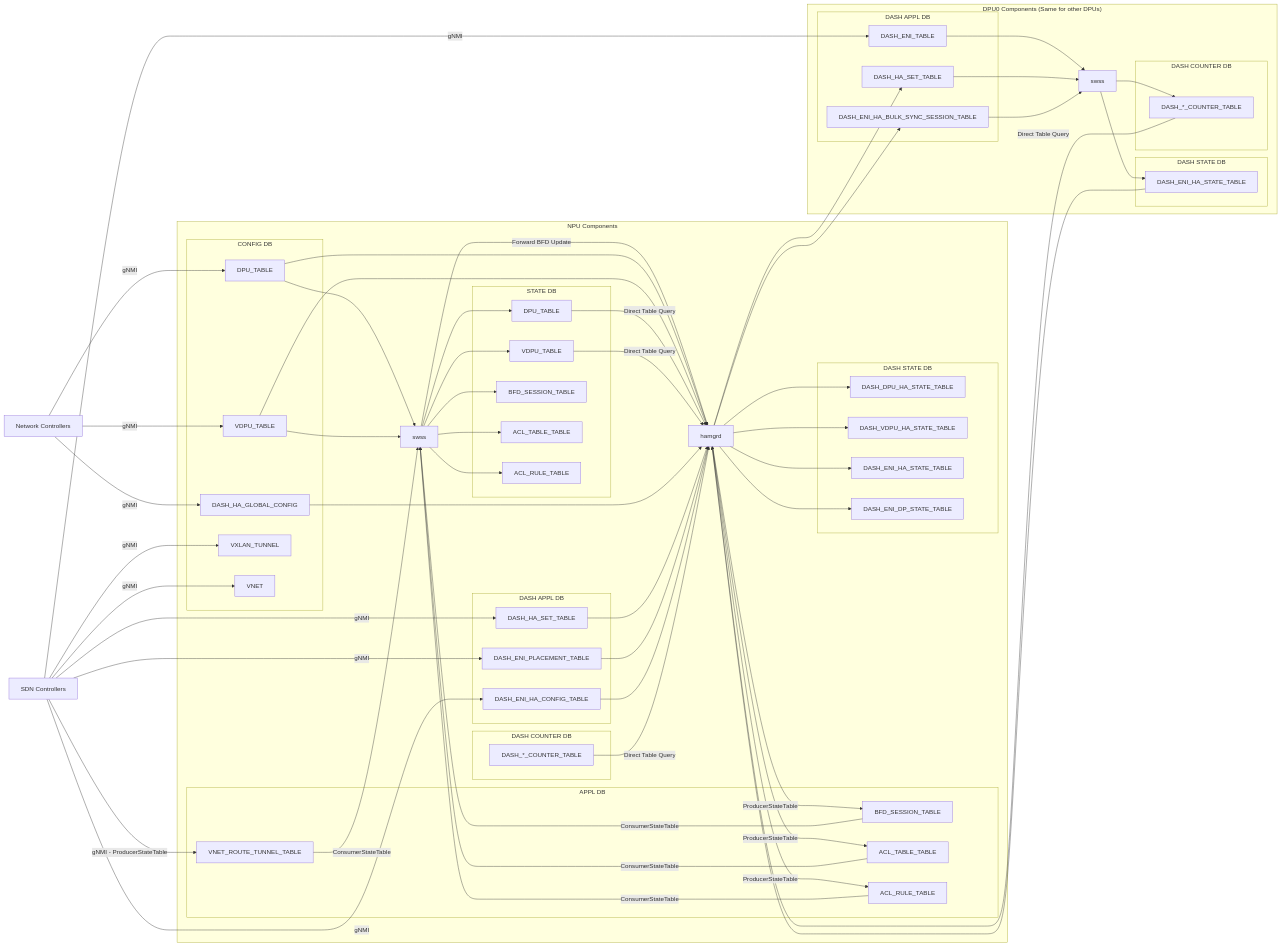
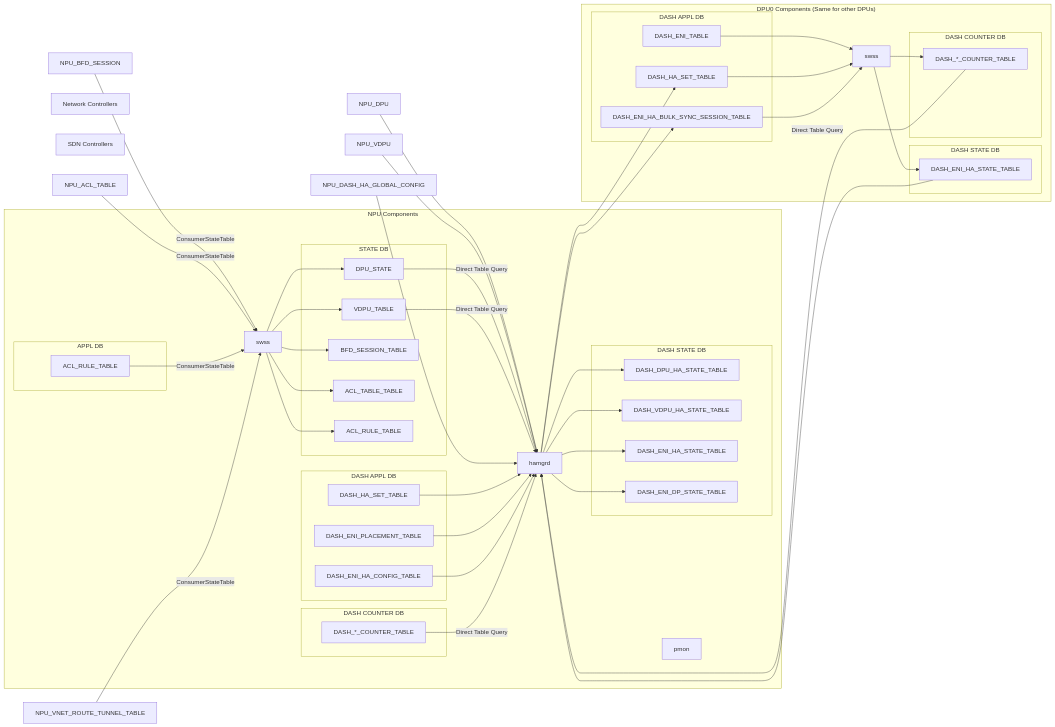
One commit to sonic-net/SONiC changed the second of 2 diagrams in doc/smart-switch/high-availability/smart-switch-ha-detailed-design.md. Above: the diagram before and after it, drawn with Mermaid. The commit also changed other lines of this file, not shown here.

```diff
--- a/doc/smart-switch/high-availability/smart-switch-ha-detailed-design.md
+++ b/doc/smart-switch/high-availability/smart-switch-ha-detailed-design.md
@@ -189,19 +168,9 @@
    subgraph NPU Components
       NPU_SWSS[swss]
       NPU_HAMGRD[hamgrd]
-
-      subgraph CONFIG DB
-         NPU_DPU[DPU_TABLE]
-         NPU_VDPU[VDPU_TABLE]
-         NPU_DASH_HA_GLOBAL_CONFIG[DASH_HA_GLOBAL_CONFIG]
-         NPU_VXLAN_TUNNEL[VXLAN_TUNNEL]
-         NPU_VNET[VNET]
-      end
+      NPU_PMON[pmon]
 
       subgraph APPL DB
-         NPU_VNET_ROUTE_TUNNEL_TABLE[VNET_ROUTE_TUNNEL_TABLE]
-         NPU_BFD_SESSION[BFD_SESSION_TABLE]
-         NPU_ACL_TABLE[ACL_TABLE_TABLE]
          NPU_ACL_RULE[ACL_RULE_TABLE]
       end
 
@@ -212,7 +181,7 @@
       end
 
       subgraph STATE DB
-         NPU_DPU_STATE[DPU_TABLE]
+         NPU_DPU_STATE[DPU_STATE]
          NPU_VDPU_STATE[VDPU_TABLE]
          NPU_BFD_SESSION_STATE[BFD_SESSION_TABLE]
          NPU_ACL_TABLE_STATE[ACL_TABLE_TABLE]
@@ -249,22 +218,7 @@
       end
    end
 
-   %% Upstream services --> northbound interfaces:
-   NC --> |gNMI| NPU_DPU
-   NC --> |gNMI| NPU_VDPU
-   NC --> |gNMI| NPU_DASH_HA_GLOBAL_CONFIG
-
-   SC --> |gNMI| NPU_DASH_HA_SET
-   SC --> |gNMI| NPU_DASH_ENI_PLACEMENT
-   SC --> |gNMI| NPU_DASH_ENI_HA_CONFIG
-   SC --> |gNMI| NPU_VXLAN_TUNNEL
-   SC --> |gNMI| NPU_VNET
-   SC --> |gNMI - ProducerStateTable| NPU_VNET_ROUTE_TUNNEL_TABLE
-   SC --> |gNMI| DPU_DASH_ENI
-
    %% NPU tables --> NPU side SWSS:
-   NPU_DPU --> NPU_SWSS
-   NPU_VDPU --> NPU_SWSS
    NPU_BFD_SESSION --> |ConsumerStateTable| NPU_SWSS
    NPU_ACL_TABLE --> |ConsumerStateTable| NPU_SWSS
    NPU_ACL_RULE --> |ConsumerStateTable| NPU_SWSS
@@ -276,7 +230,6 @@
    NPU_SWSS --> NPU_BFD_SESSION_STATE
    NPU_SWSS --> NPU_ACL_TABLE_STATE
    NPU_SWSS --> NPU_ACL_RULE_STATE
-   NPU_SWSS --> |Forward BFD Update| NPU_HAMGRD
 
    %% NPU tables --> hamgrd:
    NPU_DPU --> NPU_HAMGRD
@@ -298,9 +251,6 @@
    NPU_HAMGRD --> NPU_DASH_VDPU_HA_STATE
    NPU_HAMGRD --> NPU_DASH_ENI_HA_STATE
    NPU_HAMGRD --> NPU_DASH_ENI_DP_STATE
-   NPU_HAMGRD --> |ProducerStateTable| NPU_BFD_SESSION
-   NPU_HAMGRD --> |ProducerStateTable| NPU_ACL_TABLE
-   NPU_HAMGRD --> |ProducerStateTable| NPU_ACL_RULE
 
    %% hamgrd --> DPU tables:
    NPU_HAMGRD --> DPU_DASH_HA_SET
```
